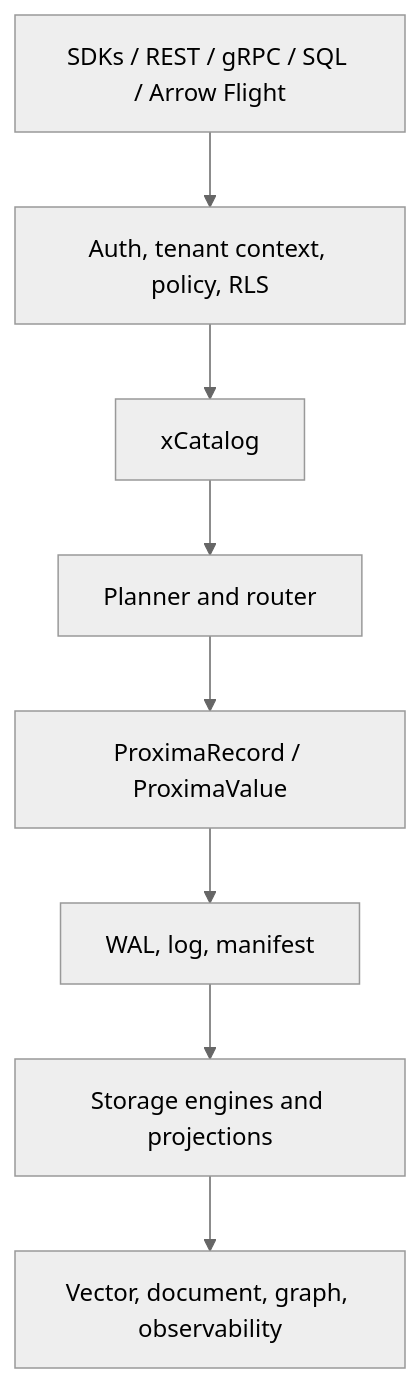
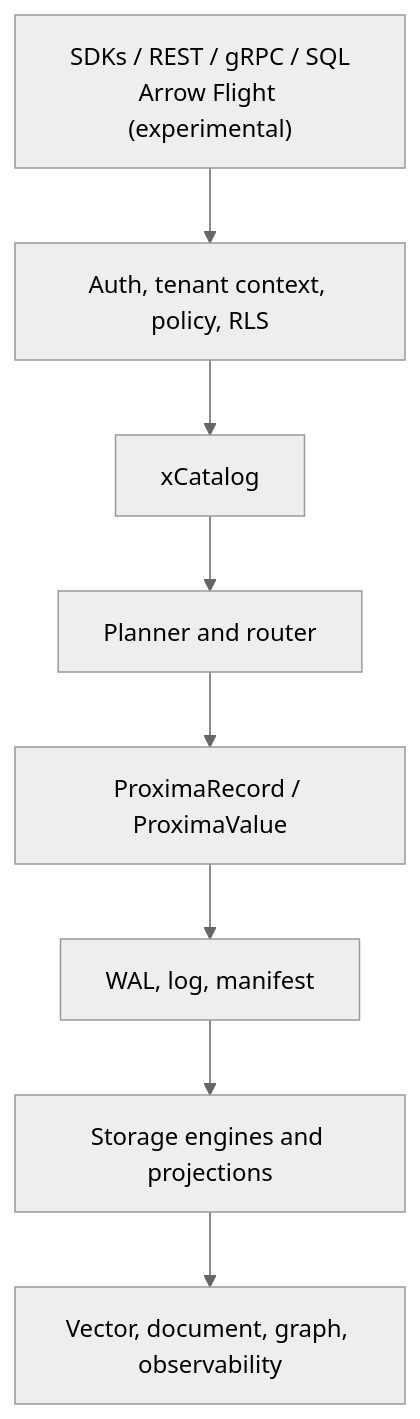
The diagram in docs/05-concepts/index.md (vjsingh1984/proximaDB), drawn with Mermaid before and after one commit. The commit also changed 1380 other files, not shown here.

````diff
--- a/docs/05-concepts/index.md
+++ b/docs/05-concepts/index.md
@@ -8,20 +8,20 @@
 ```mermaid
 %%{init: {"theme": "neutral"}}%%
 flowchart TB
-  Client["SDKs / REST / gRPC / SQL / Arrow Flight"]
+  Client["SDKs / REST / gRPC / SQL<br/>Arrow Flight (experimental)"]
   Policy["Auth, tenant context, policy, RLS"]
   Catalog["xCatalog"]
   Planner["Planner and router"]
   Records["ProximaRecord / ProximaValue"]
   WAL["WAL, log, manifest"]
   Storage["Storage engines and projections"]
   Modalities["Vector, document, graph, observability"]
 
   Client --> Policy
   Policy --> Catalog
   Catalog --> Planner
   Planner --> Records
   Records --> WAL
   WAL --> Storage
   Storage --> Modalities
 ```
````
